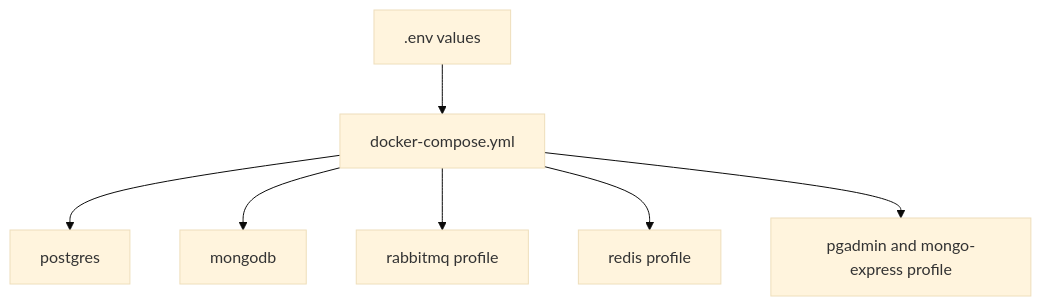
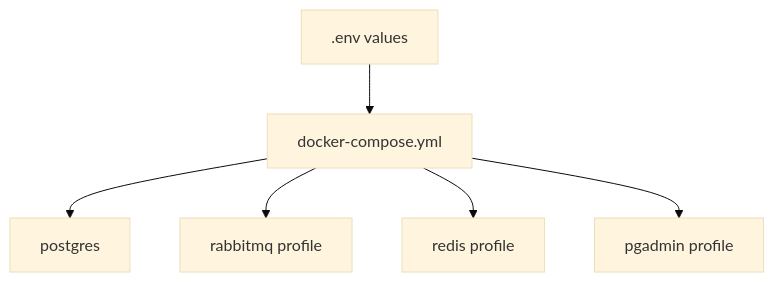
One commit to EduGoGroup/edugo-infrastructure changed the diagram in docker/docs/architecture.md. Above: the diagram before and after it, drawn with Mermaid (base theme). The commit also changed other lines of this file and 51 other files, not shown here.

First line of the commit message:
refactor(037): borrar mongodb/ completo y servicios docker mongo — D-037.11

````diff
--- a/docker/docs/architecture.md
+++ b/docker/docs/architecture.md
@@ -26,9 +24,8 @@
 ```mermaid
 flowchart TB
     ENV[.env values] --> DC[docker-compose.yml]
     DC --> PG[postgres]
-    DC --> MG[mongodb]
     DC --> MQ[rabbitmq profile]
     DC --> RD[redis profile]
-    DC --> TOOLS[pgadmin and mongo-express profile]
+    DC --> TOOLS[pgadmin profile]
 ```
````
